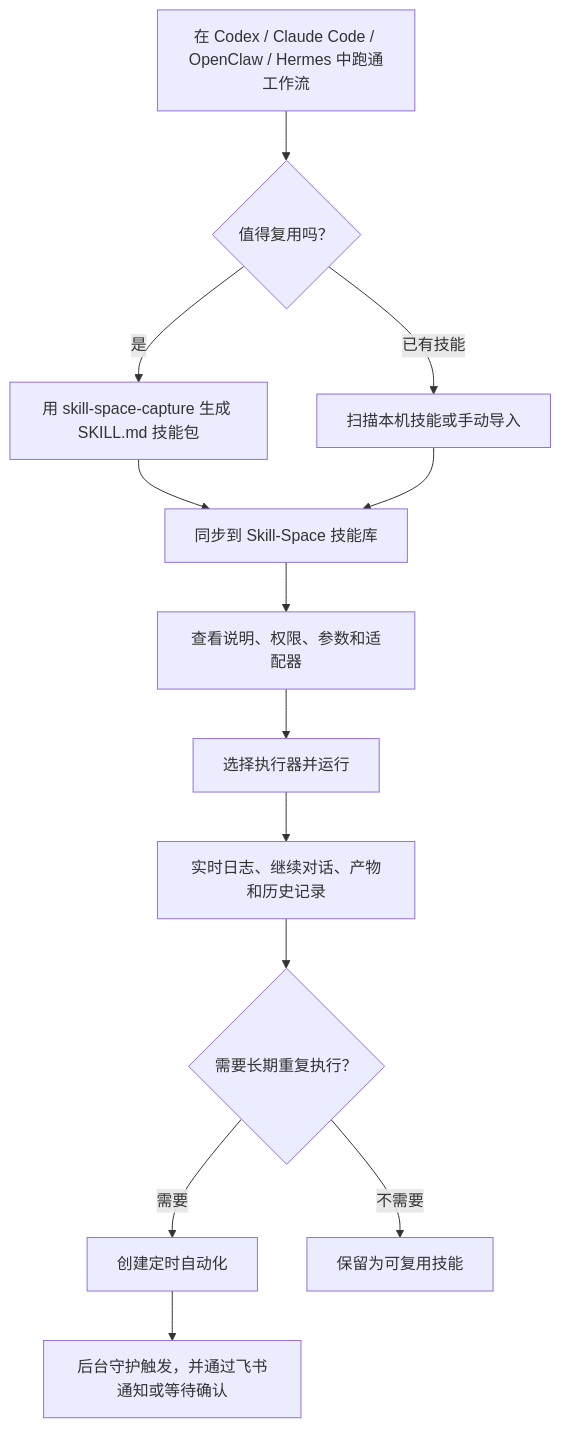
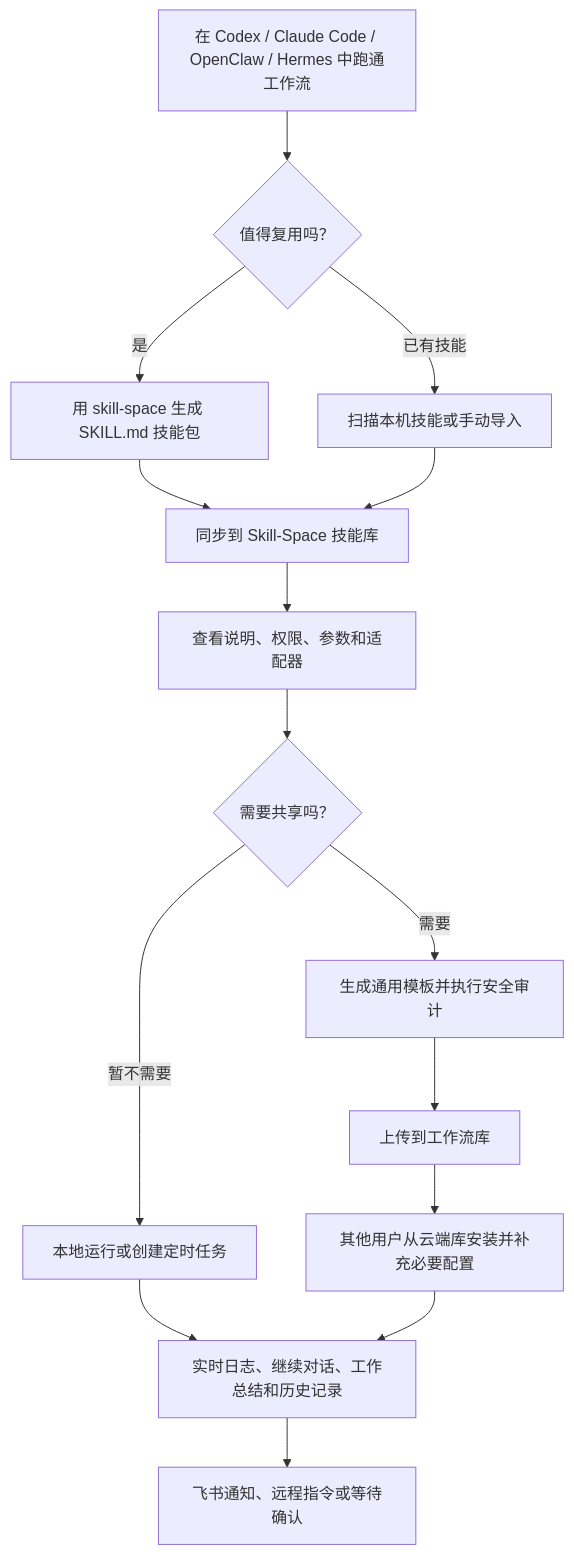
The diagram in README.md (lj1270998580-crypto/Skill-Space), drawn with Mermaid before and after one commit. The commit also changed other lines of this file and 11 other files, not shown here.

````diff
--- a/README.md
+++ b/README.md
@@ -66,15 +68,17 @@
 ```mermaid
 flowchart TD
   A["在 Codex / Claude Code / OpenClaw / Hermes 中跑通工作流"] --> B{"值得复用吗？"}
-  B -- "是" --> C["用 skill-space-capture 生成 SKILL.md 技能包"]
+  B -- "是" --> C["用 skill-space 生成 SKILL.md 技能包"]
   B -- "已有技能" --> D["扫描本机技能或手动导入"]
   C --> E["同步到 Skill-Space 技能库"]
   D --> E
   E --> F["查看说明、权限、参数和适配器"]
-  F --> G["选择执行器并运行"]
-  G --> H["实时日志、继续对话、产物和历史记录"]
-  H --> I{"需要长期重复执行？"}
-  I -- "需要" --> J["创建定时自动化"]
-  J --> K["后台守护触发，并通过飞书通知或等待确认"]
-  I -- "不需要" --> L["保留为可复用技能"]
+  F --> G{"需要共享吗？"}
+  G -- "需要" --> H["生成通用模板并执行安全审计"]
+  H --> I["上传到工作流库"]
+  G -- "暂不需要" --> J["本地运行或创建定时任务"]
+  I --> K["其他用户从云端库安装并补充必要配置"]
+  J --> L["实时日志、继续对话、工作总结和历史记录"]
+  K --> L
+  L --> M["飞书通知、远程指令或等待确认"]
 ```
````
